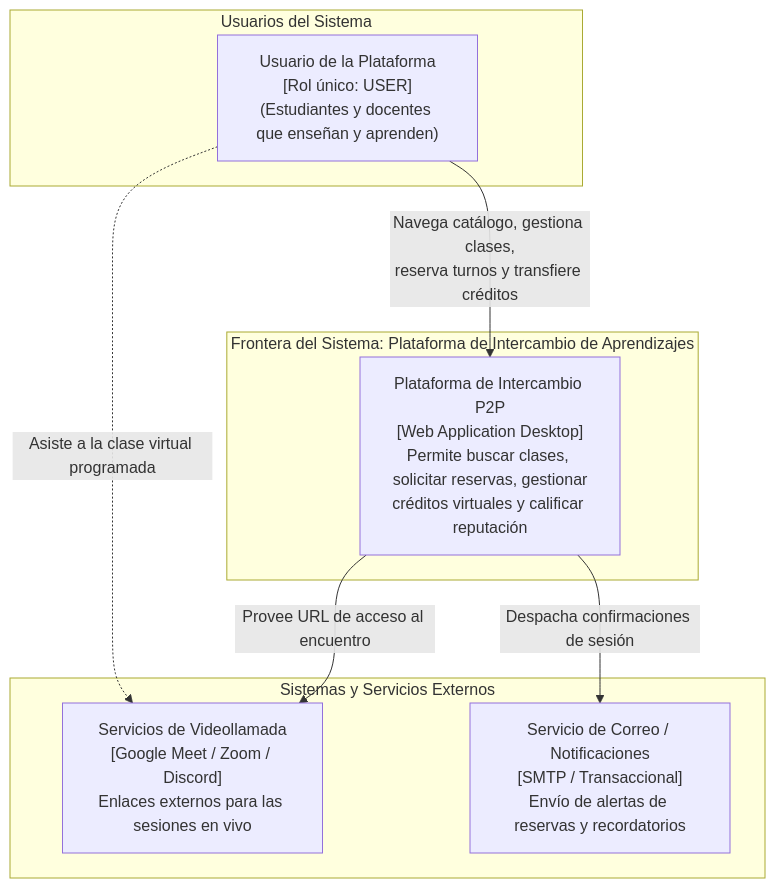
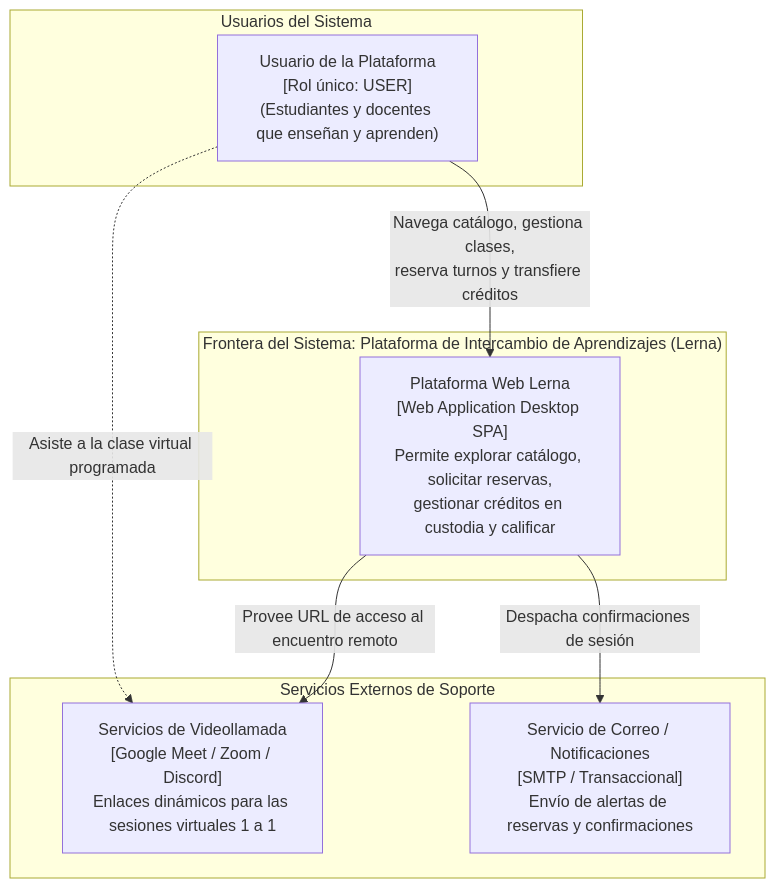
One commit to portomartin/9524 changed the first of 3 diagrams in proyecto-wbs/docs/Entrega/4.3.16-diagrama-de-arquitectura.md. Above: the diagram before and after it, drawn with Mermaid. The commit also changed other lines of this file and 3 other files, not shown here.

````diff
--- a/proyecto-wbs/docs/Entrega/4.3.16-diagrama-de-arquitectura.md
+++ b/proyecto-wbs/docs/Entrega/4.3.16-diagrama-de-arquitectura.md
@@ -18,20 +28,20 @@
 ```mermaid
 flowchart TD
     subgraph Actores["Usuarios del Sistema"]
         User["Usuario de la Plataforma\n[Rol único: USER]\n(Estudiantes y docentes que enseñan y aprenden)"]
     end
 
-    subgraph Frontera["Frontera del Sistema: Plataforma de Intercambio de Aprendizajes"]
-        System["Plataforma de Intercambio P2P\n[Web Application Desktop]\nPermite buscar clases, solicitar reservas, gestionar\ncréditos virtuales y calificar reputación"]
+    subgraph Frontera["Frontera del Sistema: Plataforma de Intercambio de Aprendizajes (Lerna)"]
+        System["Plataforma Web Lerna\n[Web Application Desktop SPA]\nPermite explorar catálogo, solicitar reservas,\ngestionar créditos en custodia y calificar"]
     end
 
-    subgraph Externos["Sistemas y Servicios Externos"]
-        Meet["Servicios de Videollamada\n[Google Meet / Zoom / Discord]\nEnlaces externos para las sesiones en vivo"]
-        SMTP["Servicio de Correo / Notificaciones\n[SMTP / Transaccional]\nEnvío de alertas de reservas y recordatorios"]
+    subgraph Externos["Servicios Externos de Soporte"]
+        Meet["Servicios de Videollamada\n[Google Meet / Zoom / Discord]\nEnlaces dinámicos para las sesiones virtuales 1 a 1"]
+        SMTP["Servicio de Correo / Notificaciones\n[SMTP / Transaccional]\nEnvío de alertas de reservas y confirmaciones"]
     end
 
     User -->|"Navega catálogo, gestiona clases,\nreserva turnos y transfiere créditos"| System
-    System -->|"Provee URL de acceso al encuentro"| Meet
+    System -->|"Provee URL de acceso al encuentro remoto"| Meet
     System -->|"Despacha confirmaciones de sesión"| SMTP
     User -.->|"Asiste a la clase virtual programada"| Meet
 ```
````
